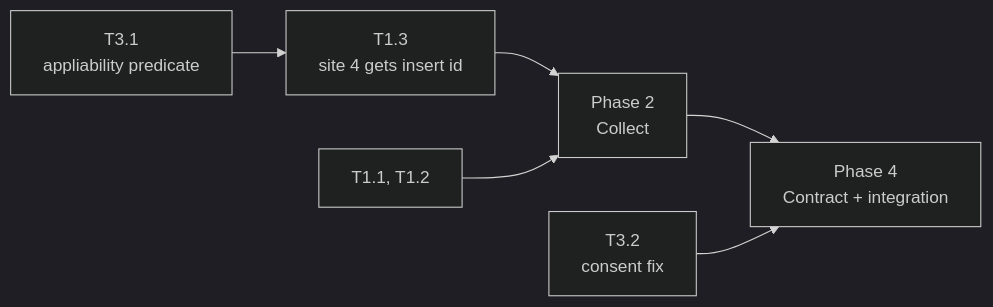
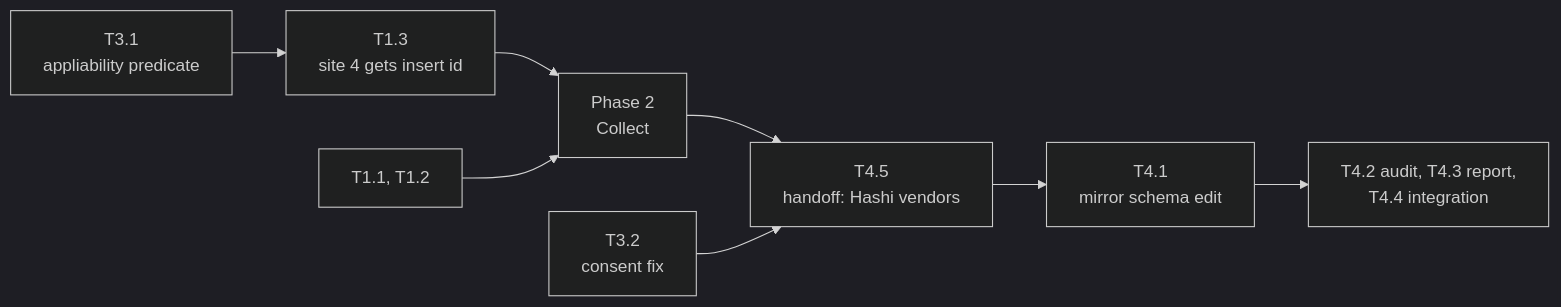
Before and after one commit to MMoMM-org/miyo-tomo: the diagram in docs/XDD/specs/036-delete-outlives-its-justification/plan/README.md, drawn with Mermaid (dark theme). The commit also changed other lines of this file and 5 other files, not shown here.

````diff
--- a/docs/XDD/specs/036-delete-outlives-its-justification/plan/README.md
+++ b/docs/XDD/specs/036-delete-outlives-its-justification/plan/README.md
@@ -124,8 +124,10 @@
 ```mermaid
 graph LR
     T31[T3.1<br/>appliability predicate] --> T13[T1.3<br/>site 4 gets insert id]
     T13 --> P2[Phase 2<br/>Collect]
     P1o[T1.1, T1.2] --> P2
-    P2 --> P4[Phase 4<br/>Contract + integration]
-    T32[T3.2<br/>consent fix] --> P4
+    P2 --> T45[T4.5<br/>handoff: Hashi vendors]
+    T32[T3.2<br/>consent fix] --> T45
+    T45 --> T41[T4.1<br/>mirror schema edit]
+    T41 --> P4rest[T4.2 audit, T4.3 report,<br/>T4.4 integration]
 ```
````
